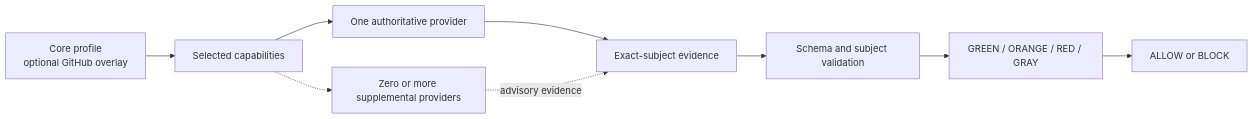
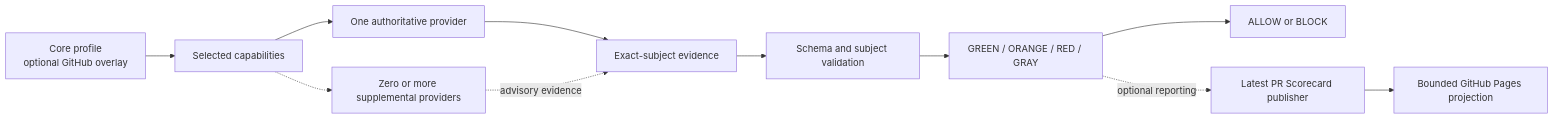
Before and after one commit to ravisingh11/engineering-standards: the diagram in docs/architecture.md, drawn with Mermaid. The commit also changed other lines of this file and 23 other files, not shown here.

````diff
--- a/docs/architecture.md
+++ b/docs/architecture.md
@@ -20,11 +20,13 @@
 ```mermaid
 flowchart LR
     P[Core profile<br/>optional GitHub overlay] --> C[Selected capabilities]
     C --> A[One authoritative provider]
     C -.-> S[Zero or more supplemental providers]
     A --> E[Exact-subject evidence]
     S -. advisory evidence .-> E
     E --> V[Schema and subject validation]
     V --> R[GREEN / ORANGE / RED / GRAY]
     R --> D[ALLOW or BLOCK]
+    R -. optional reporting .-> B[Latest PR Scorecard publisher]
+    B --> GP[Bounded GitHub Pages projection]
 ```
````
